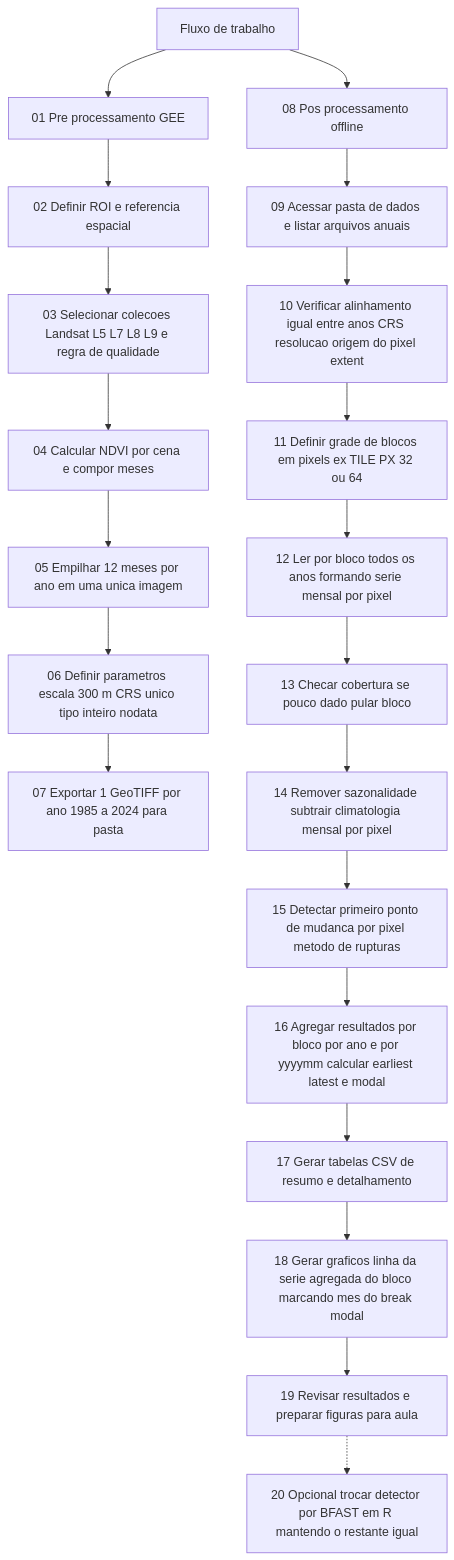
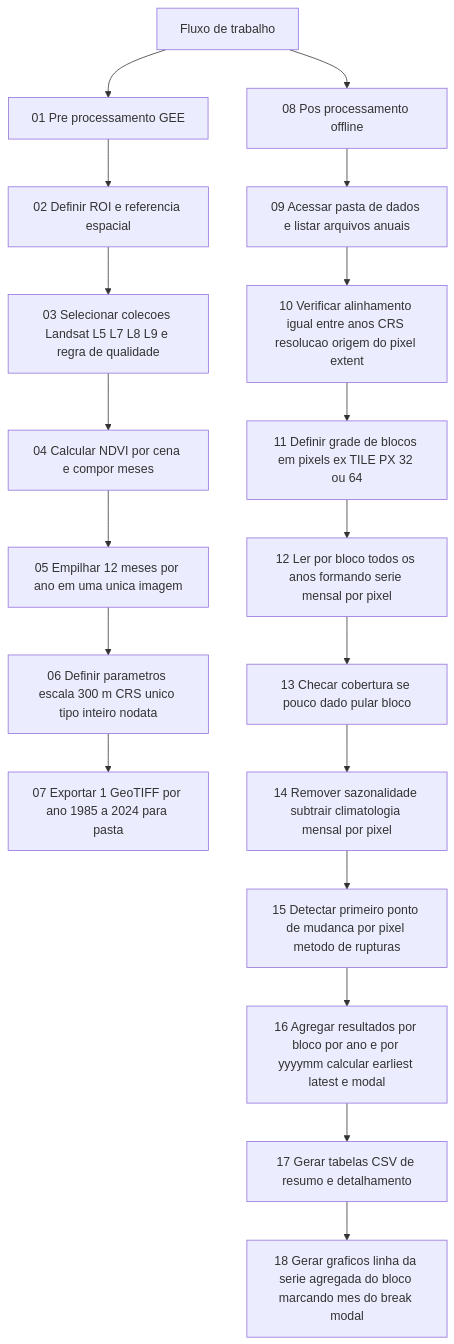
The diagram in README.md (CheilaBaiao/GEE_SR), drawn with Mermaid before and after one commit.

````diff
--- a/README.md
+++ b/README.md
@@ -1,24 +1,23 @@
 ```mermaid
 graph TD
   A00[Fluxo de trabalho] --> A01[01 Pre processamento GEE]
   A01 --> A02[02 Definir ROI e referencia espacial]
   A02 --> A03[03 Selecionar colecoes Landsat L5 L7 L8 L9 e regra de qualidade]
   A03 --> A04[04 Calcular NDVI por cena e compor meses]
   A04 --> A05[05 Empilhar 12 meses por ano em uma unica imagem]
   A05 --> A06[06 Definir parametros escala 300 m CRS unico tipo inteiro nodata]
   A06 --> A07[07 Exportar 1 GeoTIFF por ano 1985 a 2024 para pasta]
   A00--> B00[08 Pos processamento offline]
 
   B00 --> B01[09 Acessar pasta de dados e listar arquivos anuais]
   B01 --> B02[10 Verificar alinhamento igual entre anos CRS resolucao origem do pixel extent]
   B02 --> B03[11 Definir grade de blocos em pixels ex TILE PX 32 ou 64]
   B03 --> B04[12 Ler por bloco todos os anos formando serie mensal por pixel]
   B04 --> B05[13 Checar cobertura se pouco dado pular bloco]
   B05 --> B06[14 Remover sazonalidade subtrair climatologia mensal por pixel]
   B06 --> B07[15 Detectar primeiro ponto de mudanca por pixel metodo de rupturas]
   B07 --> B08[16 Agregar resultados por bloco por ano e por yyyymm calcular earliest latest e modal]
   B08 --> B09[17 Gerar tabelas CSV de resumo e detalhamento]
   B09 --> B10[18 Gerar graficos linha da serie agregada do bloco marcando mes do break modal]
-  B10 --> B11[19 Revisar resultados e preparar figuras para aula]
-  B11 -.-> C00[20 Opcional trocar detector por BFAST em R mantendo o restante igual]
+  
 ```
````
